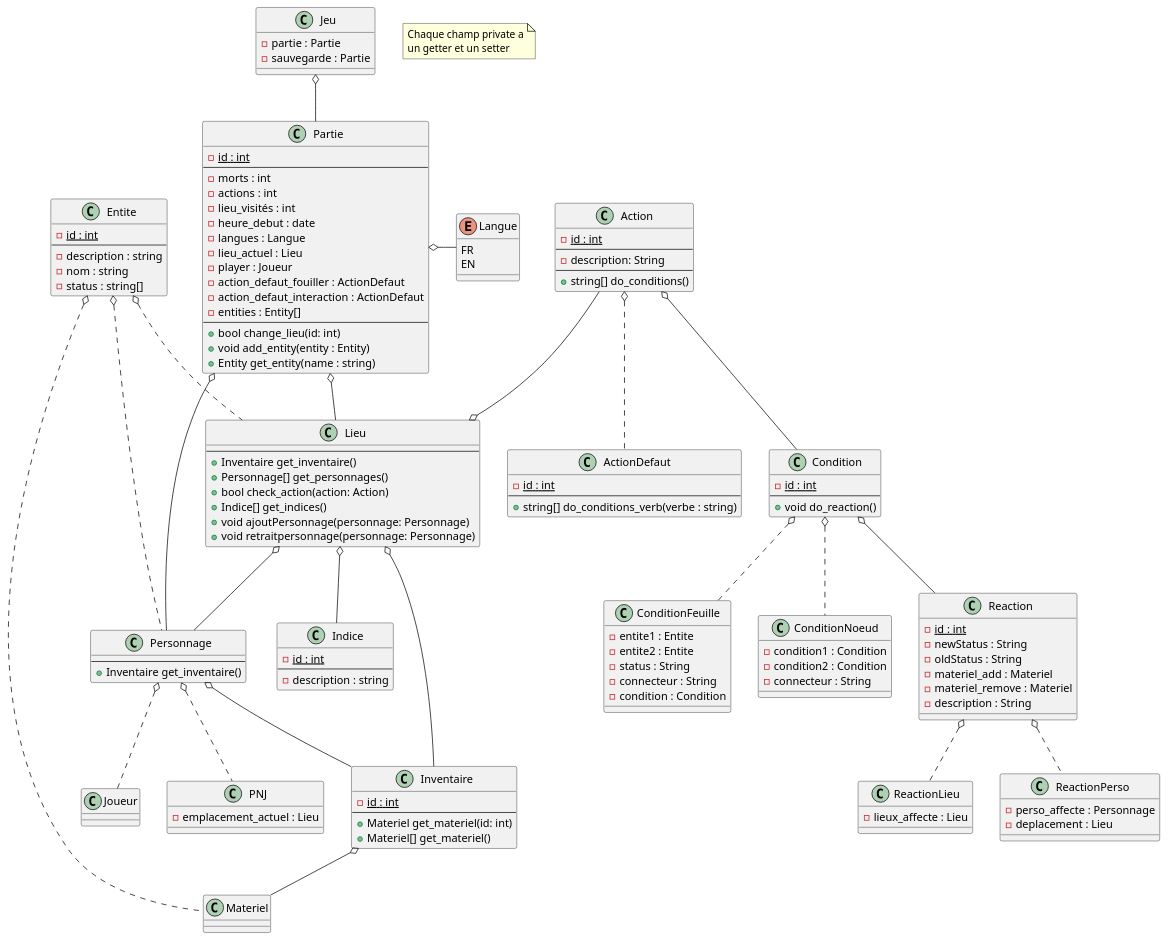
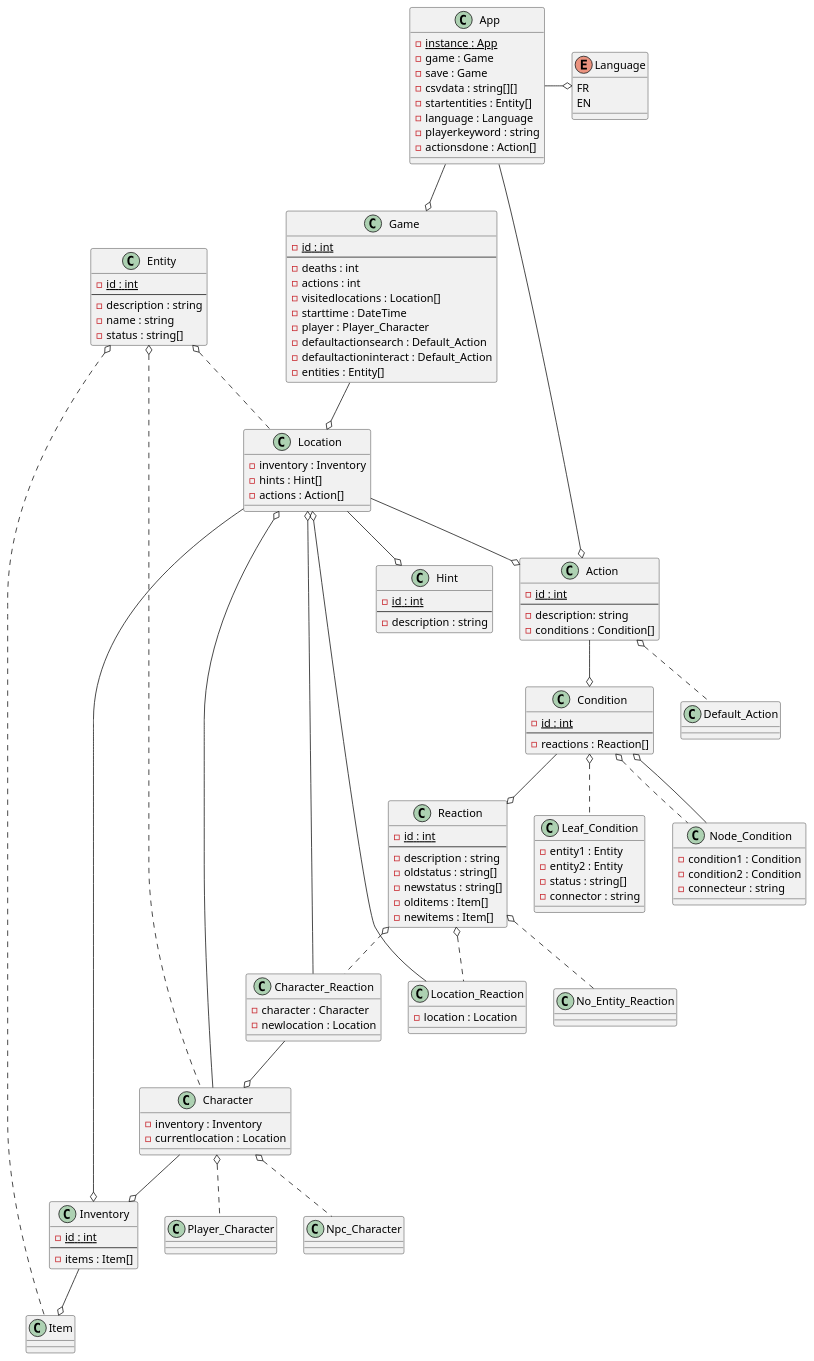
The third of 3 diagrams in diagrammes.md (Serious-game-textuel/doc), drawn with PlantUML before and after one commit. The commit also changed other lines of this file and 9 other files, not shown here.

````diff
--- a/diagrammes.md
+++ b/diagrammes.md
@@ -51,159 +44,156 @@
 ```plantuml
 @startuml
 
-Enum Langue {
+Enum Language {
     FR
     EN
 }
 
-Class Jeu{
-  -partie : Partie
-  -sauvegarde : Partie
+Class App {
+    -{static} instance : App
+    -game : Game
+    -save : Game
+    -csvdata : string[][]
+    -startentities : Entity[]
+    -language : Language
+    -playerkeyword : string
+    -actionsdone : Action[]
 }
-Class Entite{
+
+Class Entity {
     -{static} id : int
-  --
+    --
     -description : string
-    -nom : string
+    -name : string
     -status : string[]
 }
 
-Class Partie{
+Class Game {
     -{static} id : int
-  --
-    -morts : int
+    --
+    -deaths : int
     -actions : int
-    -lieu_visités : int
-    -heure_debut : date
-    -langues : Langue
-    -lieu_actuel : Lieu
-    -player : Joueur
-    -action_defaut_fouiller : ActionDefaut
-    -action_defaut_interaction : ActionDefaut
+    -visitedlocations : Location[]
+    -starttime : DateTime
+    -player : Player_Character
+    -defaultactionsearch : Default_Action
+    -defaultactioninteract : Default_Action
     -entities : Entity[]
-  --
-    +bool change_lieu(id: int)
-    +void add_entity(entity : Entity)
-    +Entity get_entity(name : string)
-}
-
-Class Inventaire{
-    -{static} id : int
-  --
-    +Materiel get_materiel(id: int)
-    +Materiel[] get_materiel()
-}
-
-Class Materiel{
-    
-}
-
-Class Personnage{
-  --
-    +Inventaire get_inventaire()
-}
-
-Class Joueur {
-
-}
-
-Class PNJ {
- -emplacement_actuel : Lieu
-}
-
-Class Lieu{
-  --
-    +Inventaire get_inventaire()
-    +Personnage[] get_personnages()
-    +bool check_action(action: Action)
-    +Indice[] get_indices()
-    +void ajoutPersonnage(personnage: Personnage)
-    +void retraitpersonnage(personnage: Personnage)
-}
-
-Class Action{
-    -{static} id : int
-  --
-    -description: String
-  --
-    +string[] do_conditions()
-}
-
-Class ActionDefaut{
-    -{static} id : int
-  --
-    +string[] do_conditions_verb(verbe : string)
-}
-
-Class Condition{
-    -{static} id : int
-  --
-    +void do_reaction()
-}
-
-Class ConditionFeuille {
-    -entite1 : Entite
-    -entite2 : Entite
-    -status : String
-    -connecteur : String
-    -condition : Condition
-}
-
-Class ConditionNoeud {
-    -condition1 : Condition
-    -condition2 : Condition
-    -connecteur : String
 }
 
 Class Reaction {
     -{static} id : int
-    -newStatus : String
-    -oldStatus : String
-    -materiel_add : Materiel
-    -materiel_remove : Materiel
-    -description : String
+    --
+    -description : string
+    -oldstatus : string[]
+    -newstatus : string[]
+    -olditems : Item[]
+    -newitems : Item[]
 }
 
-Class ReactionLieu{
-    -lieux_affecte : Lieu
+Class Inventory {
+    -{static} id : int
+    --
+    -items : Item[]
 }
 
-Class ReactionPerso{
-    -perso_affecte : Personnage
-    -deplacement : Lieu
+Class Action {
+    -{static} id : int
+  --
+    -description: string
+    -conditions : Condition[]
 }
 
+Class Default_Action {
+}
 
-Class Indice{
+Class Condition {
+    -{static} id : int
+    --
+    -reactions : Reaction[]
+}
+
+Class Leaf_Condition {
+    -entity1 : Entity
+    -entity2 : Entity
+    -status : string[]
+    -connector : string
+}
+
+Class Node_Condition {
+    -condition1 : Condition
+    -condition2 : Condition
+    -connecteur : string
+}
+
+Class Player_Character {}
+
+Class Item {}
+
+Class Location {
+    -inventory : Inventory
+    -hints : Hint[]
+    -actions : Action[]
+}
+
+Class Location_Reaction {
+    -location : Location
+}
+
+Class Character {
+    -inventory : Inventory
+    -currentlocation : Location
+}
+
+Class Character_Reaction {
+    -character : Character
+    -newlocation : Location
+}
+
+Class No_Entity_Reaction {}
+
+Class Hint {
     -{static} id : int
   --
     -description : string
 }
 
-note "Chaque champ private a\nun getter et un setter" as N1
+Class Npc_Character {}
 
-Jeu o-- Partie
-Personnage o-- Inventaire
-Partie o-- Personnage
-Partie o- Langue
-Lieu o-- Inventaire
-Lieu o-- Indice
-Action o-- Condition
-Action o.. ActionDefaut
-Condition o-- Reaction
-Action --o Lieu
-Lieu o-- Personnage
-Partie o-- Lieu
-Inventaire o-- Materiel
-Entite o.. Personnage
-Entite o.. Lieu
-Entite o.. Materiel
-Reaction o.. ReactionLieu
-Reaction o.. ReactionPerso
-Condition o.. ConditionFeuille
-Condition o.. ConditionNoeud
-Personnage o.. Joueur
-Personnage o.. PNJ
+Reaction o.. Character_Reaction
+Action o.. Default_Action
+Entity o.. Item
+Entity o.. Location
+Entity o.. Character
+Condition o.. Leaf_Condition
+Reaction o.. Location_Reaction
+Reaction o.. No_Entity_Reaction
+Condition o.down. Node_Condition
+Character o.. Npc_Character
+Character o.. Player_Character
+
+App --o Game
+/'App o-- Entity'/
+App -o Language
+App --o Action
+Game --o Location
+/'Game o-- Player_Character'/
+/'Game o-up- Default_Action'/
+/'Game o-right- Entity'/
+Action --o Condition
+/'Reaction o-- Item'/
+Inventory --o Item
+Condition --o Reaction
+/'Leaf_Condition --o Entity'/
+Node_Condition --o Condition
+Location --o Inventory
+Location --o Hint
+Location --o Action
+Location_Reaction --o Location
+Character --o Inventory
+Character --o Location
+Character_Reaction --o Location
+Character_Reaction --o Character
 
 @enduml
 ```
````
